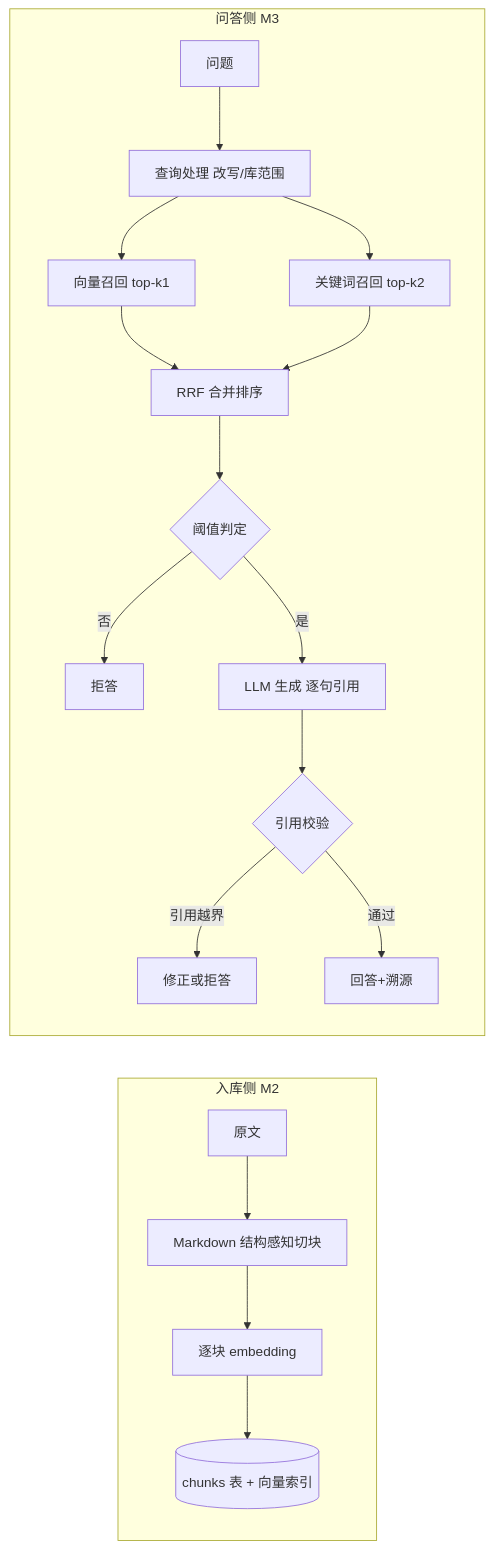
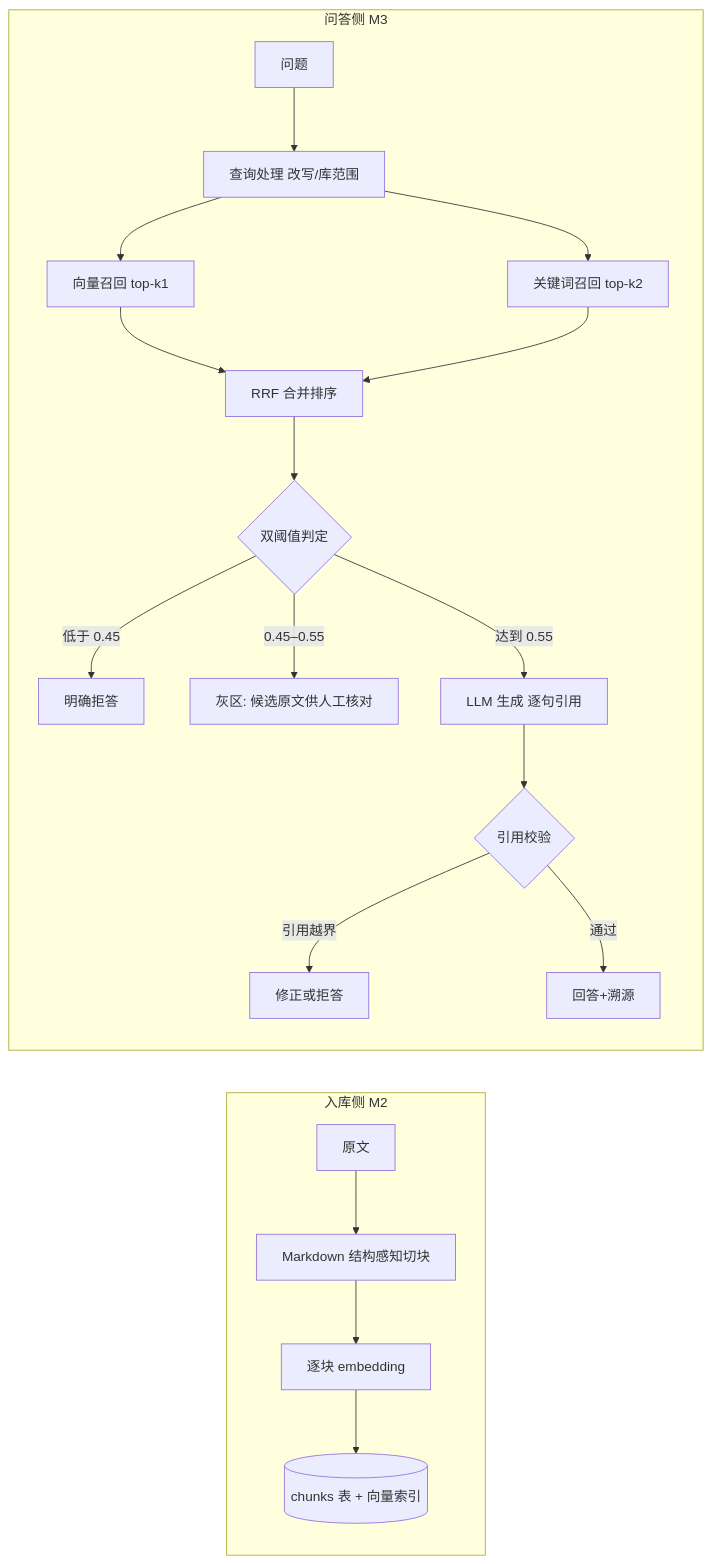
The diagram in docs/design/04-retrieval.md (One-29/personal-knowledge-base), drawn with Mermaid before and after one commit. The commit also changed other lines of this file and 47 other files, not shown here.

````diff
--- a/docs/design/04-retrieval.md
+++ b/docs/design/04-retrieval.md
@@ -20,21 +20,22 @@
 ```mermaid
 flowchart LR
     subgraph 入库侧 M2
         A[原文] --> B[Markdown 结构感知切块]
         B --> C[逐块 embedding]
         C --> D[(chunks 表 + 向量索引)]
     end
     subgraph 问答侧 M3
         E[问题] --> F[查询处理 改写/库范围]
         F --> G[向量召回 top-k1]
         F --> H[关键词召回 top-k2]
         G --> I[RRF 合并排序]
         H --> I
-        I --> J{阈值判定}
-        J -->|否| K[拒答]
-        J -->|是| L[LLM 生成 逐句引用]
+        I --> J{双阈值判定}
+        J -->|低于 0.45| K[明确拒答]
+        J -->|0.45–0.55| P[灰区: 候选原文供人工核对]
+        J -->|达到 0.55| L[LLM 生成 逐句引用]
         L --> M{引用校验}
         M -->|引用越界| N[修正或拒答]
         M -->|通过| O[回答+溯源]
     end
 ```
````
